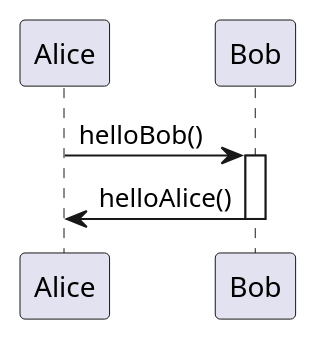
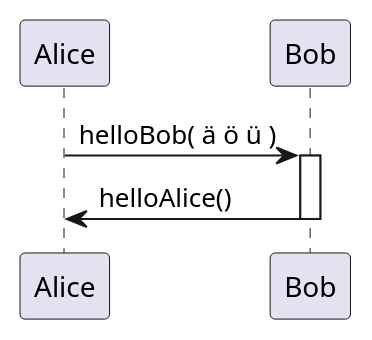
The diagram in content/examples/arc42-template/assets/plantUML/06-example.wsd (db0x/sam), drawn with PlantUML before and after one commit. The commit also changed 2 other files, not shown here.

Commit message:
fix UTF-bug in plantUML-client

```diff
--- a/content/examples/arc42-template/assets/plantUML/06-example.wsd
+++ b/content/examples/arc42-template/assets/plantUML/06-example.wsd
@@ -1,9 +1,9 @@
 @startuml
 participant Alice
 participant Bob
 
-Alice -> Bob : helloBob()
+Alice -> Bob : helloBob( ä ö ü )
 activate Bob
 Bob -> Alice : helloAlice()
 deactivate Bob
 @enduml
```
